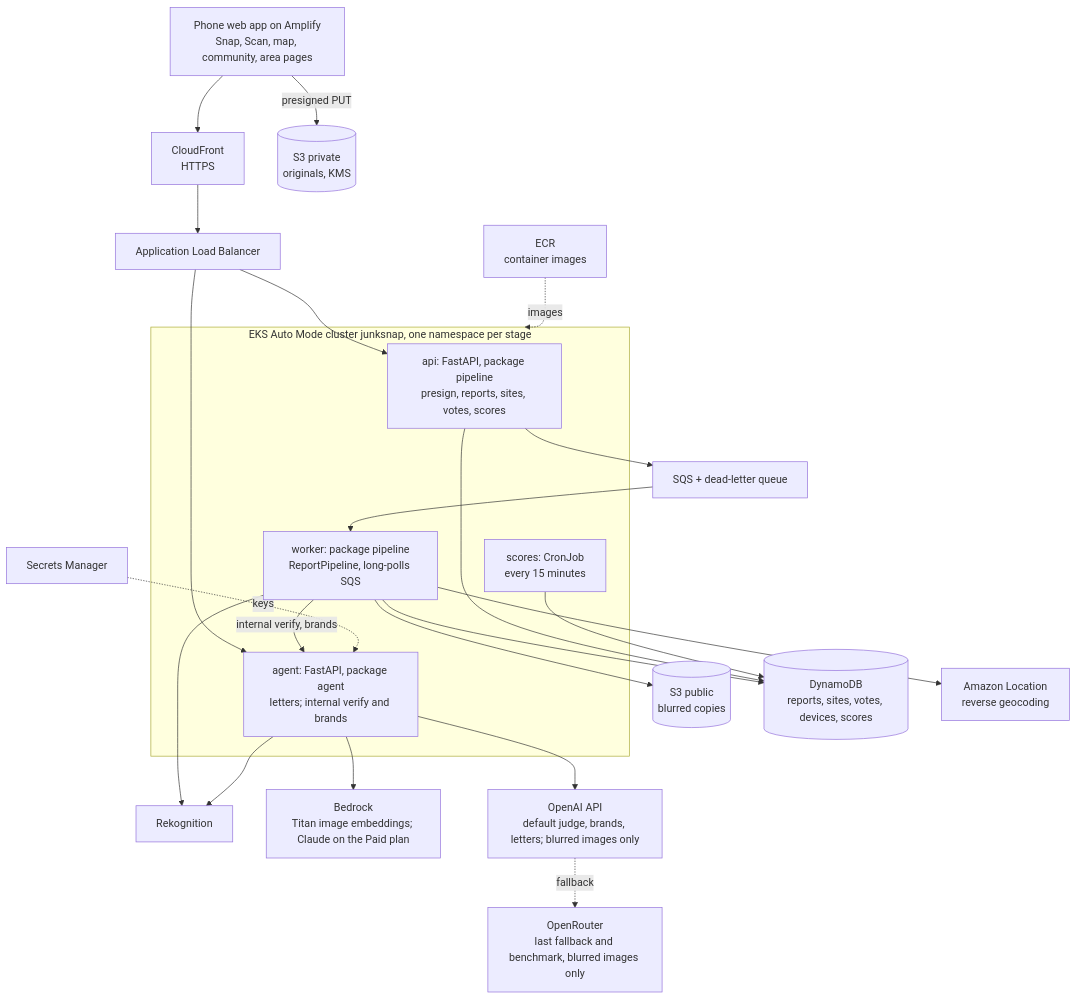
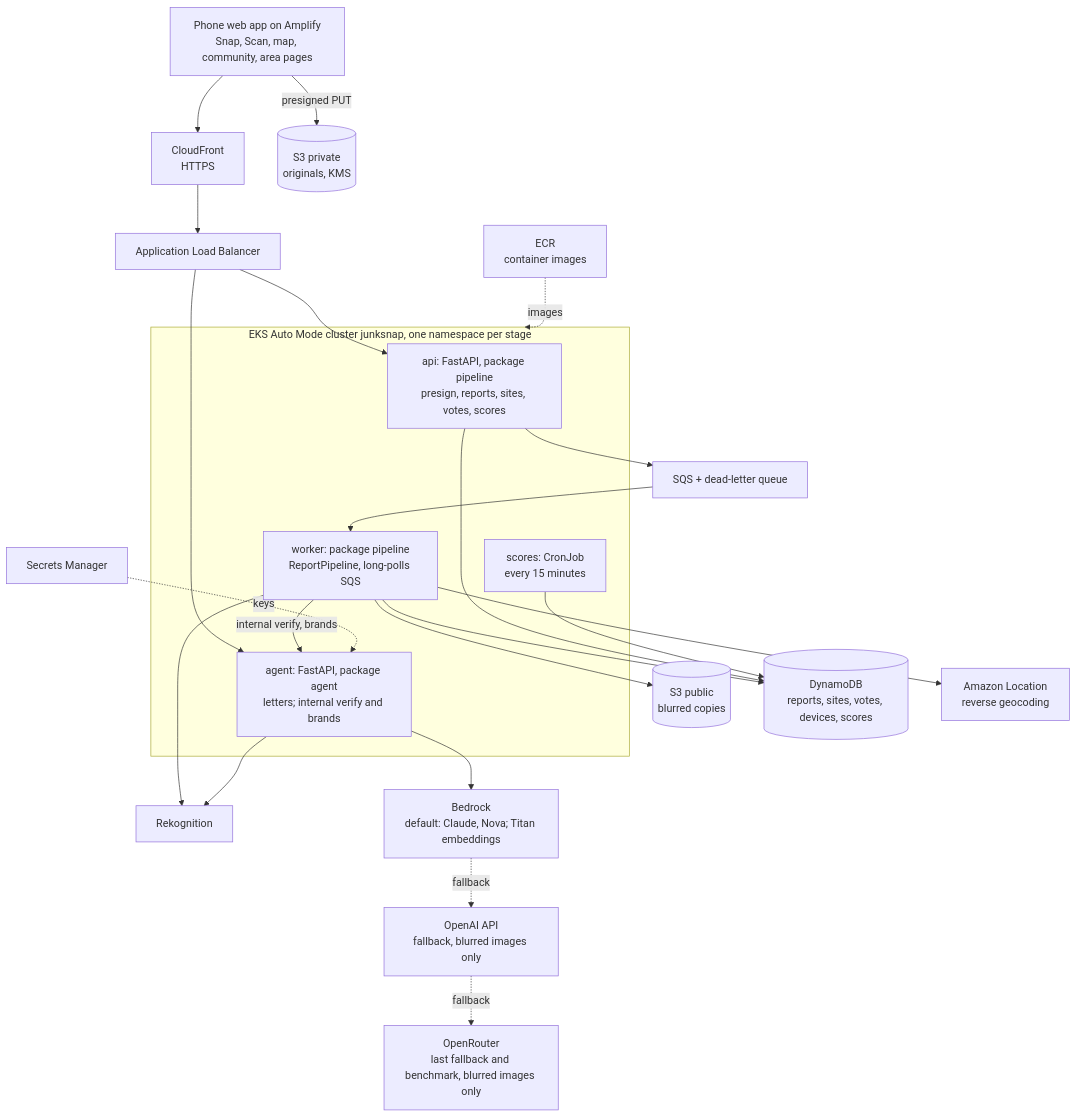
One commit to Girish-Garg/JunkSnap changed the first of 2 diagrams in docs/architecture.md. Above: the diagram before and after it, drawn with Mermaid. The commit also changed other lines of this file and 5 other files, not shown here.

First line of the commit message:
Make Bedrock the default model provider; OpenAI and OpenRouter are fallbacks

````diff
--- a/docs/architecture.md
+++ b/docs/architecture.md
@@ -20,34 +20,34 @@
 ```mermaid
 flowchart TB
   phone["Phone web app on Amplify<br/>Snap, Scan, map, community, area pages"]
   cf["CloudFront<br/>HTTPS"]
   alb["Application Load Balancer"]
   subgraph eks["EKS Auto Mode cluster junksnap, one namespace per stage"]
     api["api: FastAPI, package pipeline<br/>presign, reports, sites, votes, scores"]
     agent["agent: FastAPI, package agent<br/>letters; internal verify and brands"]
     worker["worker: package pipeline<br/>ReportPipeline, long-polls SQS"]
     scores["scores: CronJob<br/>every 15 minutes"]
   end
   ecr["ECR<br/>container images"]
   s3p[("S3 private<br/>originals, KMS")]
   s3b[("S3 public<br/>blurred copies")]
   q["SQS + dead-letter queue"]
   ddb[("DynamoDB<br/>reports, sites, votes, devices, scores")]
   rek["Rekognition"]
-  brk["Bedrock<br/>Titan image embeddings; Claude on the Paid plan"]
-  oai["OpenAI API<br/>default judge, brands, letters; blurred images only"]
+  brk["Bedrock<br/>default: Claude, Nova; Titan embeddings"]
+  oai["OpenAI API<br/>fallback, blurred images only"]
   orr["OpenRouter<br/>last fallback and benchmark, blurred images only"]
   loc["Amazon Location<br/>reverse geocoding"]
   sm["Secrets Manager"]
   phone -->|presigned PUT| s3p
   phone --> cf --> alb
   alb --> api & agent
   api --> q --> worker
   worker -->|"internal verify, brands"| agent
   worker --> rek & loc & s3b & ddb
-  agent --> rek & brk & oai
-  oai -.->|fallback| orr
+  agent --> rek & brk
+  brk -.->|fallback| oai -.->|fallback| orr
   api & scores --> ddb
   ecr -.->|images| eks
   sm -.->|keys| agent
 ```
````
